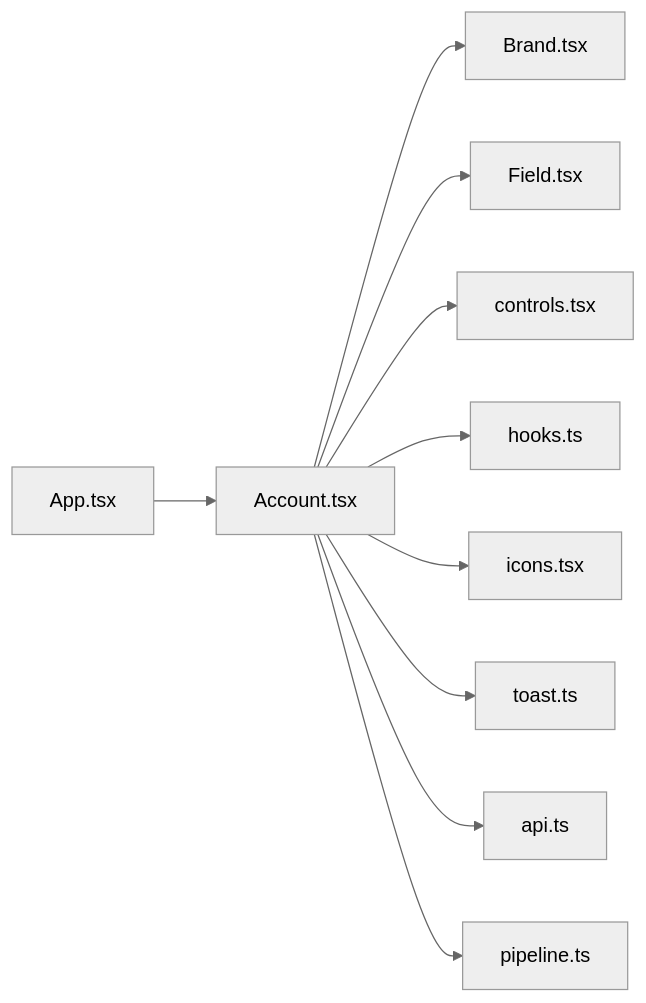
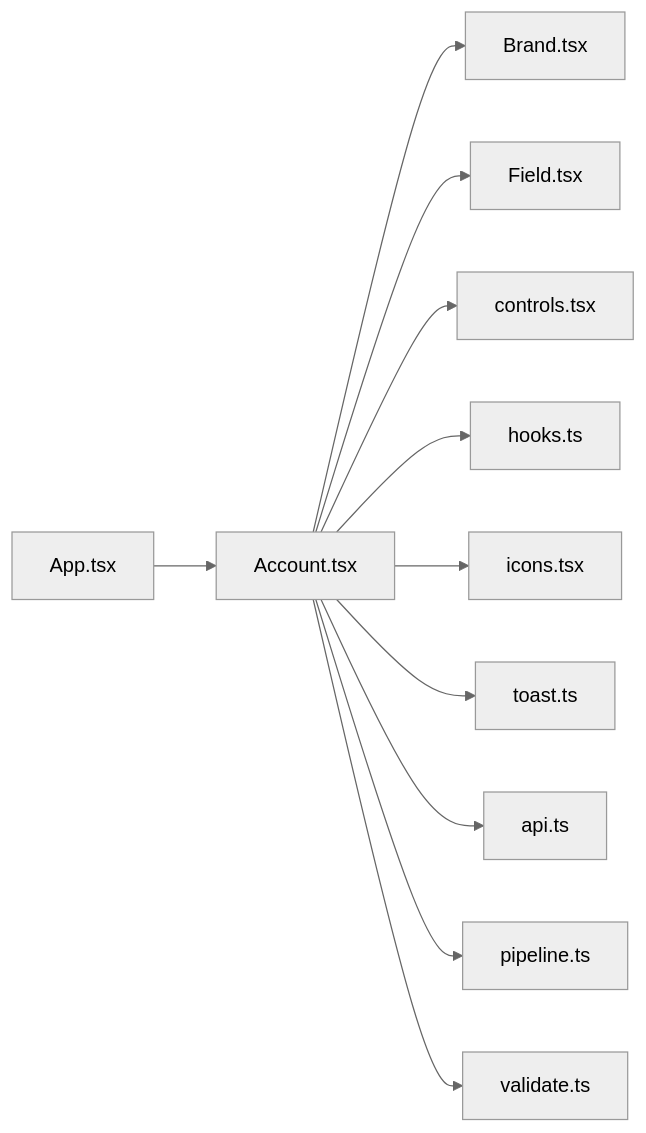
The diagram in .cluedoc/graph/frontend/src/routes/Account.md (minkong-dev/Banblit), drawn with Mermaid (neutral theme) before and after one commit. The commit also changed other lines of this file and 56 other files, not shown here.

Commit message:
frontend: import pure lib functions from their own files instead of through pipeline

````diff
--- a/.cluedoc/graph/frontend/src/routes/Account.md
+++ b/.cluedoc/graph/frontend/src/routes/Account.md
@@ -10,13 +10,14 @@
 ```mermaid
 flowchart LR
   frontend_src_routes_Account["Account.tsx"]
   frontend_src_routes_Account --> frontend_src_components_Brand["Brand.tsx"]
   frontend_src_routes_Account --> frontend_src_components_Field["Field.tsx"]
   frontend_src_routes_Account --> frontend_src_components_controls["controls.tsx"]
   frontend_src_routes_Account --> frontend_src_components_hooks["hooks.ts"]
   frontend_src_routes_Account --> frontend_src_components_icons["icons.tsx"]
   frontend_src_routes_Account --> frontend_src_components_toast["toast.ts"]
   frontend_src_routes_Account --> frontend_src_lib_api["api.ts"]
   frontend_src_routes_Account --> frontend_src_lib_pipeline["pipeline.ts"]
+  frontend_src_routes_Account --> frontend_src_lib_validate["validate.ts"]
   frontend_src_App["App.tsx"] --> frontend_src_routes_Account
 ```
````
